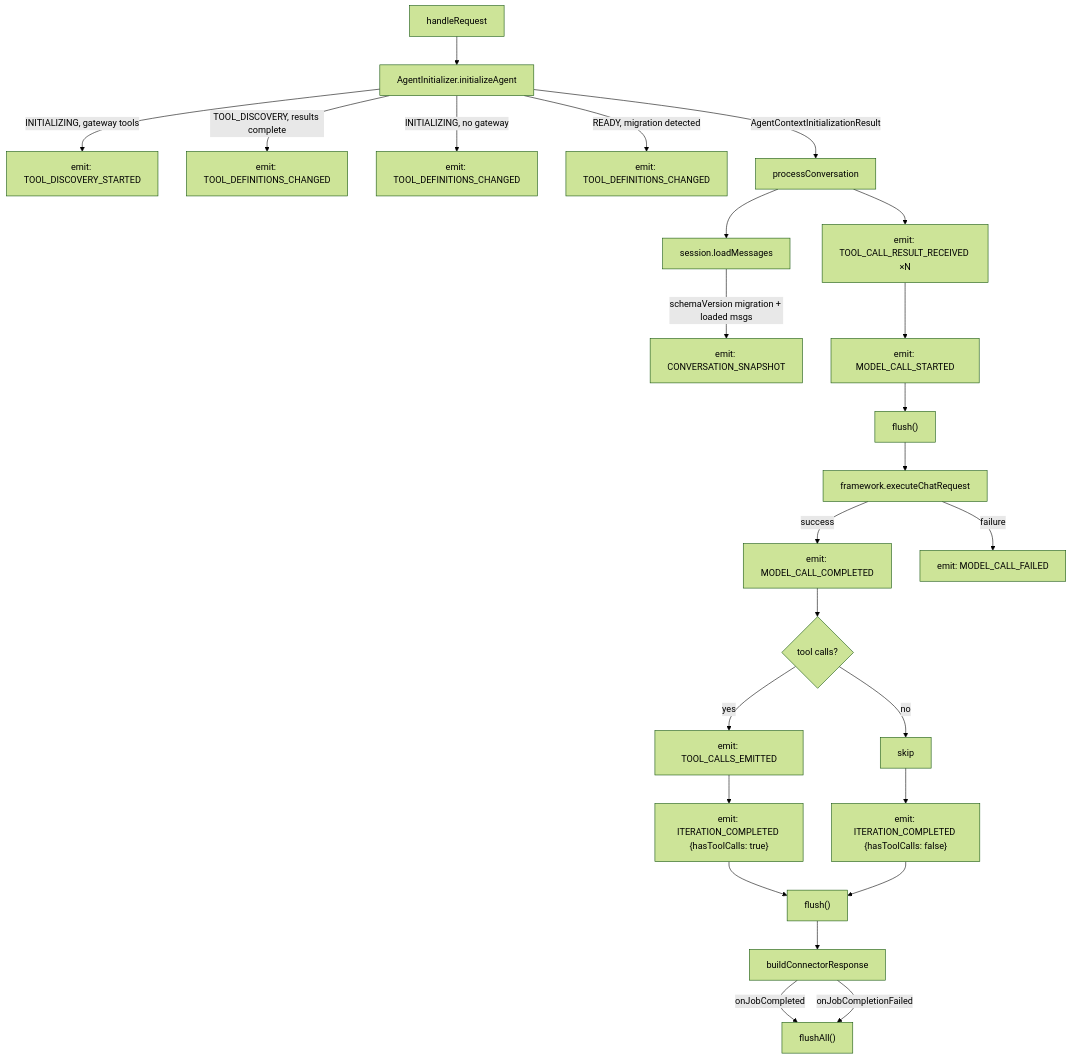
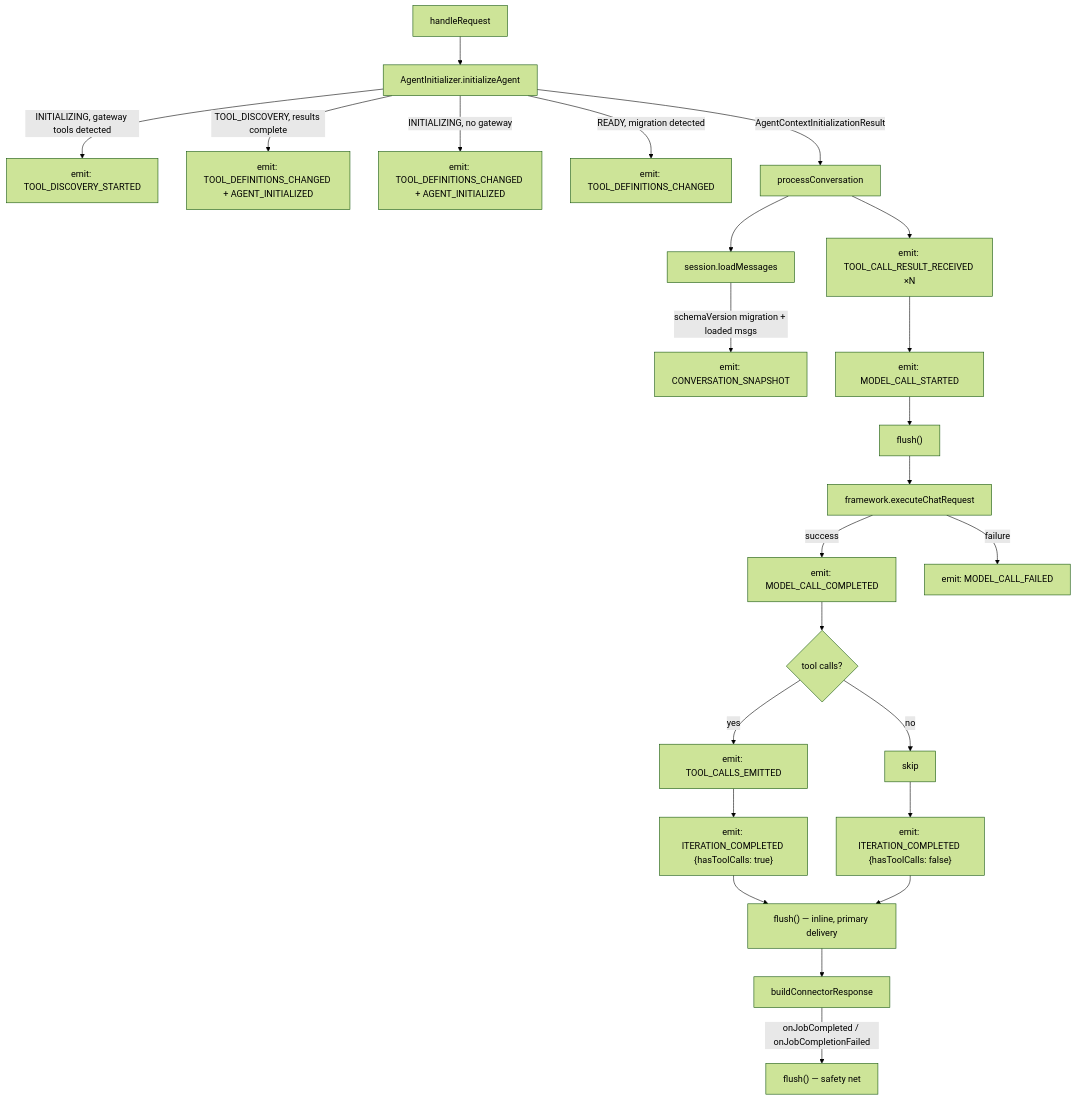
The sixth of 7 diagrams in connectors/agentic-ai/docs/tracing/design.md (camunda/connectors), drawn with Mermaid (forest theme) before and after one commit. The commit also changed other lines of this file and 1 other file, not shown here.

````diff
--- a/connectors/agentic-ai/docs/tracing/design.md
+++ b/connectors/agentic-ai/docs/tracing/design.md
@@ -907,28 +984,27 @@
 ```mermaid
 flowchart TD
     START[handleRequest] --> INIT[AgentInitializer.initializeAgent]
-    INIT --> |INITIALIZING, gateway tools| TD_S["emit: TOOL_DISCOVERY_STARTED"]
-    INIT --> |TOOL_DISCOVERY, results complete| TD_C["emit: TOOL_DEFINITIONS_CHANGED"]
-    INIT --> |INITIALIZING, no gateway| TDC_INIT["emit: TOOL_DEFINITIONS_CHANGED"]
+    INIT --> |INITIALIZING, gateway tools detected| TD_S["emit: TOOL_DISCOVERY_STARTED"]
+    INIT --> |TOOL_DISCOVERY, results complete| INIT_DONE_DISC["emit: TOOL_DEFINITIONS_CHANGED + AGENT_INITIALIZED"]
+    INIT --> |INITIALIZING, no gateway| INIT_DONE_STATIC["emit: TOOL_DEFINITIONS_CHANGED + AGENT_INITIALIZED"]
     INIT --> |READY, migration detected| TDC_MIG["emit: TOOL_DEFINITIONS_CHANGED"]
 
     INIT --> |AgentContextInitializationResult| PROC[processConversation]
     PROC --> LOAD[session.loadMessages]
     LOAD --> |schemaVersion migration + loaded msgs| SNAP["emit: CONVERSATION_SNAPSHOT"]
     PROC --> TCR["emit: TOOL_CALL_RESULT_RECEIVED ×N"]
     TCR --> LLM_S["emit: MODEL_CALL_STARTED"]
     LLM_S --> FLUSH1["flush()"]
     FLUSH1 --> LLM[framework.executeChatRequest]
     LLM --> |success| LLM_C["emit: MODEL_CALL_COMPLETED"]
     LLM --> |failure| LLM_F["emit: MODEL_CALL_FAILED"]
     LLM_C --> TC{"tool calls?"}
     TC --> |yes| TCE["emit: TOOL_CALLS_EMITTED"]
     TC --> |no| NOOP[skip]
     TCE --> ITER["emit: ITERATION_COMPLETED {hasToolCalls: true}"]
     NOOP --> ITER_END["emit: ITERATION_COMPLETED {hasToolCalls: false}"]
-    ITER --> FLUSH2["flush()"]
+    ITER --> FLUSH2["flush() — inline, primary delivery"]
     ITER_END --> FLUSH2
     FLUSH2 --> COMPLETE[buildConnectorResponse]
-    COMPLETE --> |onJobCompleted| FLUSH_ALL["flushAll()"]
-    COMPLETE --> |onJobCompletionFailed| FLUSH_ALL
+    COMPLETE --> |onJobCompleted / onJobCompletionFailed| FLUSH_SAFETY["flush() — safety net"]
 ```
````
